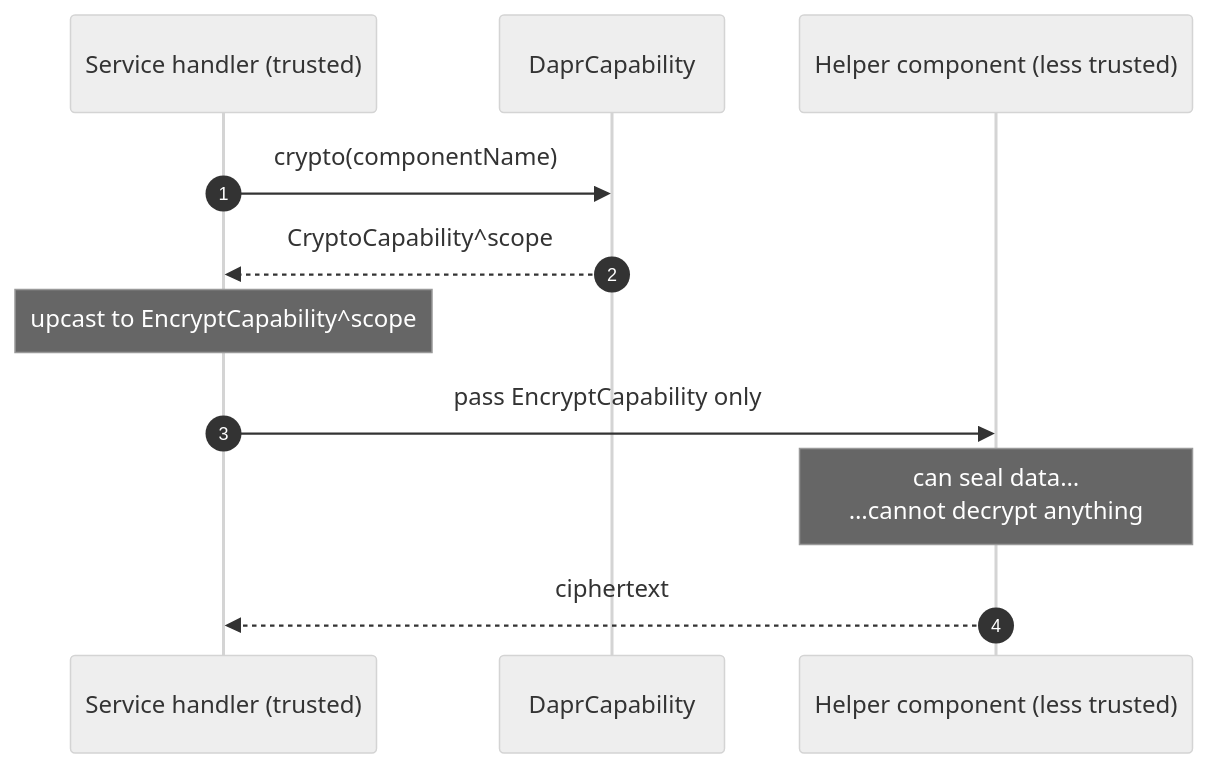
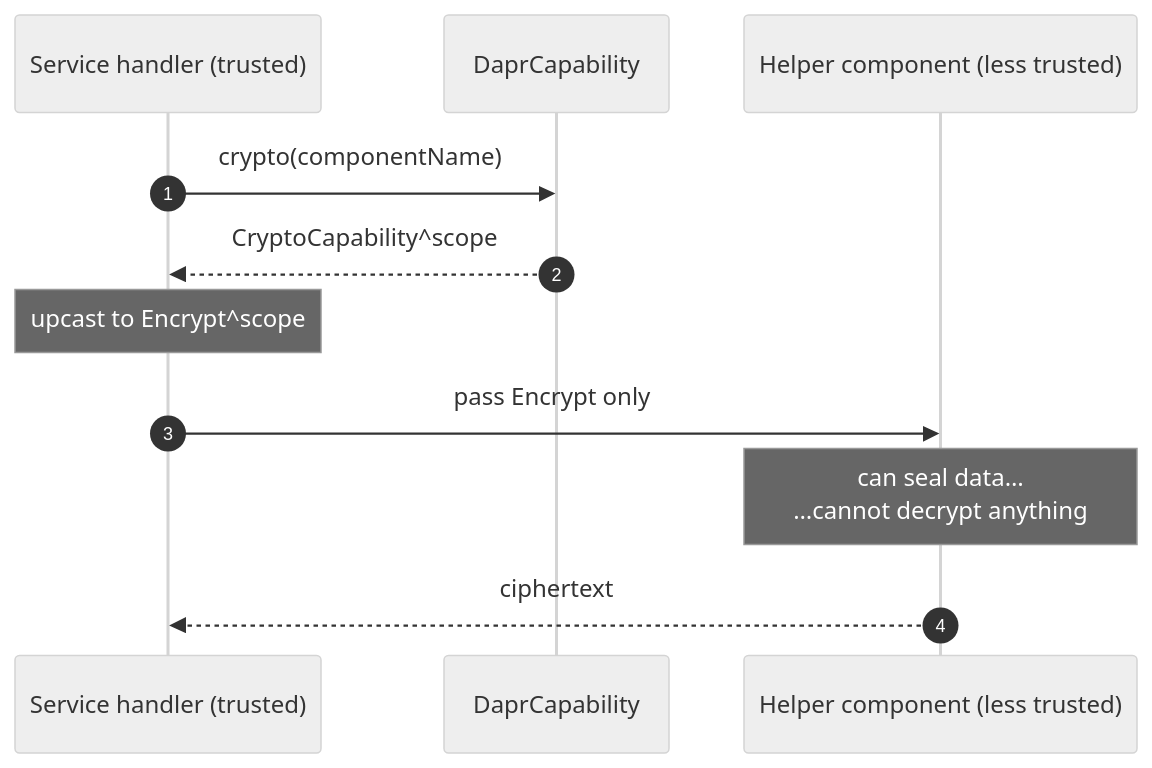
The fourth of 36 diagrams in docs/CAPABILITY-SPLITS.md (sideeffffect/dapr4s), drawn with Mermaid (neutral theme) before and after one commit. The commit also changed other lines of this file, not shown here.

````diff
--- a/docs/CAPABILITY-SPLITS.md
+++ b/docs/CAPABILITY-SPLITS.md
@@ -87,14 +87,14 @@
 ```mermaid
 sequenceDiagram
     autonumber
     participant H as Service handler (trusted)
     participant D as DaprCapability
     participant C as Helper component (less trusted)
 
     H->>D: crypto(componentName)
     D-->>H: CryptoCapability^scope
-    Note over H: upcast to EncryptCapability^scope
-    H->>C: pass EncryptCapability only
+    Note over H: upcast to Encrypt^scope
+    H->>C: pass Encrypt only
     Note over C: can seal data…<br/>…cannot decrypt anything
     C-->>H: ciphertext
 ```
````
